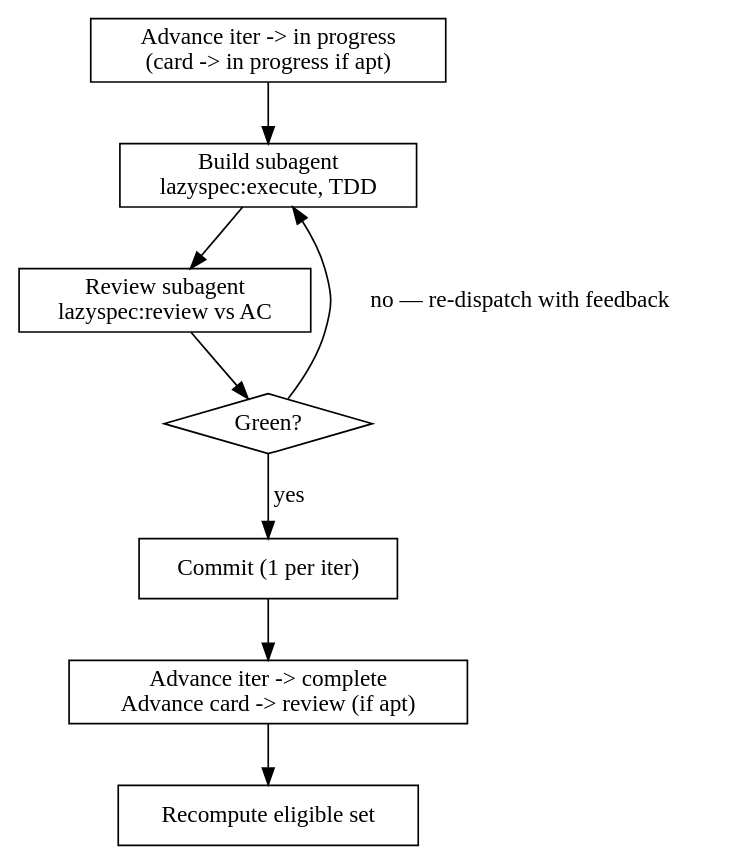
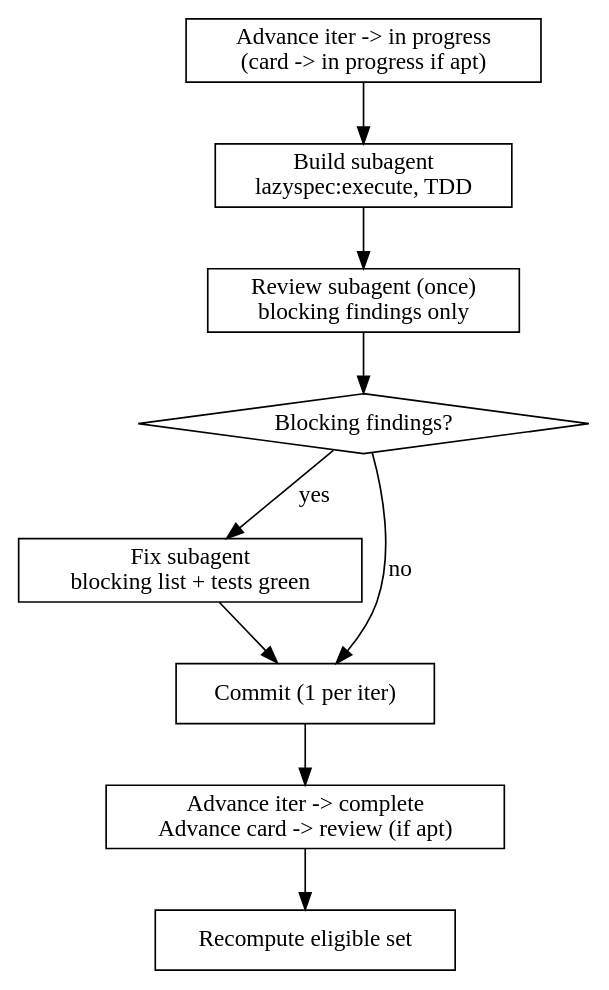
One commit to jkaloger/dotfiles changed the diagram in claude/.claude/skills/orchestrate/SKILL.md. Above: the diagram before and after it, drawn with Graphviz. The commit also changed other lines of this file, not shown here.

````diff
--- a/claude/.claude/skills/orchestrate/SKILL.md
+++ b/claude/.claude/skills/orchestrate/SKILL.md
@@ -28,20 +30,22 @@
 ```dot
 digraph loop {
     rankdir=TB;
     "Advance iter -> in progress\n(card -> in progress if apt)" [shape=box];
     "Build subagent\nlazyspec:execute, TDD" [shape=box];
-    "Review subagent\nlazyspec:review vs AC" [shape=box];
-    "Green?" [shape=diamond];
+    "Review subagent (once)\nblocking findings only" [shape=box];
+    "Blocking findings?" [shape=diamond];
+    "Fix subagent\nblocking list + tests green" [shape=box];
     "Commit (1 per iter)" [shape=box];
     "Advance iter -> complete\nAdvance card -> review (if apt)" [shape=box];
     "Recompute eligible set" [shape=box];
 
     "Advance iter -> in progress\n(card -> in progress if apt)" -> "Build subagent\nlazyspec:execute, TDD";
-    "Build subagent\nlazyspec:execute, TDD" -> "Review subagent\nlazyspec:review vs AC";
-    "Review subagent\nlazyspec:review vs AC" -> "Green?";
-    "Green?" -> "Build subagent\nlazyspec:execute, TDD" [label="no — re-dispatch with feedback"];
-    "Green?" -> "Commit (1 per iter)" [label="yes"];
+    "Build subagent\nlazyspec:execute, TDD" -> "Review subagent (once)\nblocking findings only";
+    "Review subagent (once)\nblocking findings only" -> "Blocking findings?";
+    "Blocking findings?" -> "Fix subagent\nblocking list + tests green" [label="yes"];
+    "Blocking findings?" -> "Commit (1 per iter)" [label="no"];
+    "Fix subagent\nblocking list + tests green" -> "Commit (1 per iter)";
     "Commit (1 per iter)" -> "Advance iter -> complete\nAdvance card -> review (if apt)";
     "Advance iter -> complete\nAdvance card -> review (if apt)" -> "Recompute eligible set";
 }
 ```
````
